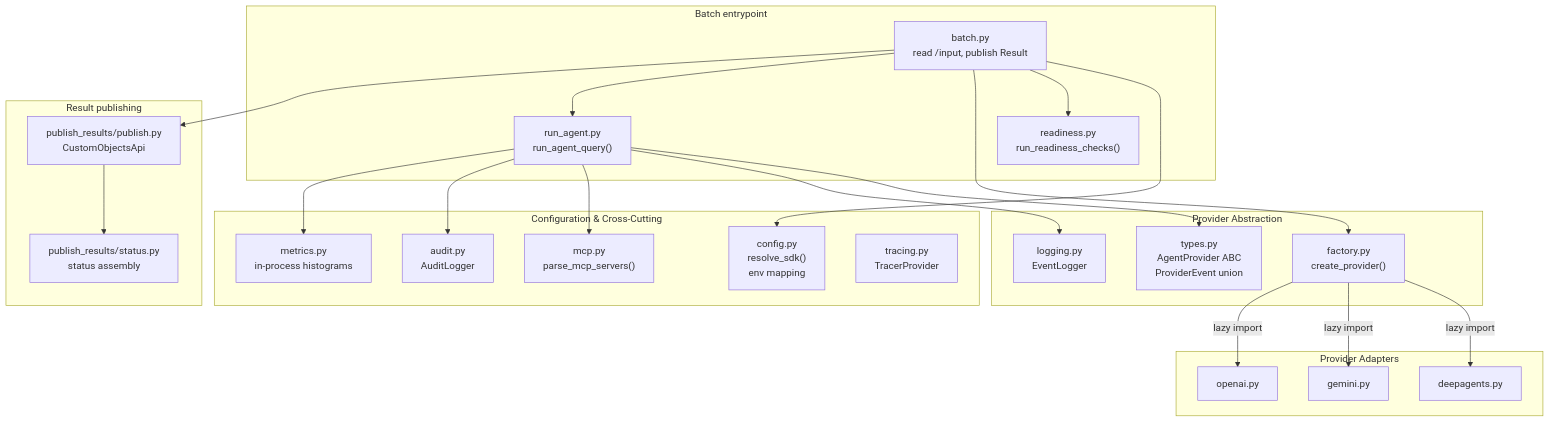
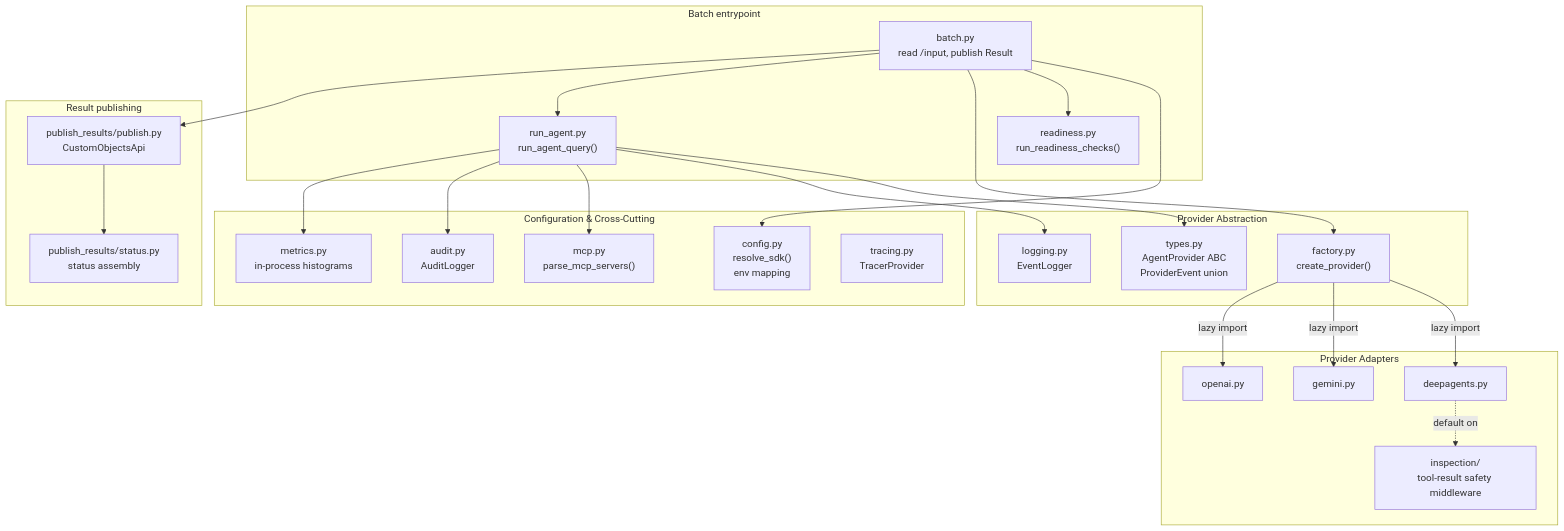
Before and after one commit to openshift/lightspeed-agentic-sandbox: the second of 4 diagrams in ARCHITECTURE.md, drawn with Mermaid. The commit also changed other lines of this file, not shown here.

Commit message:
OLS-0000 docs: map providers to agent SDKs and models in ARCHITECTURE.md

````diff
--- a/ARCHITECTURE.md
+++ b/ARCHITECTURE.md
@@ -33,48 +37,50 @@
 ```mermaid
 graph TD
     subgraph "Batch entrypoint"
         Batch["batch.py<br/>read /input, publish Result"]
         RunAgent["run_agent.py<br/>run_agent_query()"]
         Readiness["readiness.py<br/>run_readiness_checks()"]
     end
 
     subgraph "Configuration & Cross-Cutting"
         Config["config.py<br/>resolve_sdk()<br/>env mapping"]
         MCP["mcp.py<br/>parse_mcp_servers()"]
         Audit["audit.py<br/>AuditLogger"]
         Metrics["metrics.py<br/>in-process histograms"]
         Tracing["tracing.py<br/>TracerProvider"]
     end
 
     subgraph "Result publishing"
         Publish["publish_results/publish.py<br/>CustomObjectsApi"]
         Status["publish_results/status.py<br/>status assembly"]
     end
 
     subgraph "Provider Abstraction"
         Factory["factory.py<br/>create_provider()"]
         Types["types.py<br/>AgentProvider ABC<br/>ProviderEvent union"]
         Logger["logging.py<br/>EventLogger"]
     end
 
     subgraph "Provider Adapters"
         DeepAgentsP["deepagents.py"]
+        Inspection["inspection/<br/>tool-result safety middleware"]
         GeminiP["gemini.py"]
         OpenAIP["openai.py"]
     end
 
     Batch --> Config
     Batch --> Readiness
     Batch --> Factory
     Batch --> RunAgent
     Batch --> Publish
   Publish --> Status
     RunAgent --> Types
     RunAgent --> Logger
     RunAgent --> MCP
     RunAgent --> Audit
     RunAgent --> Metrics
     Factory -->|lazy import| DeepAgentsP
     Factory -->|lazy import| GeminiP
     Factory -->|lazy import| OpenAIP
+    DeepAgentsP -.->|default on| Inspection
 ```
````
